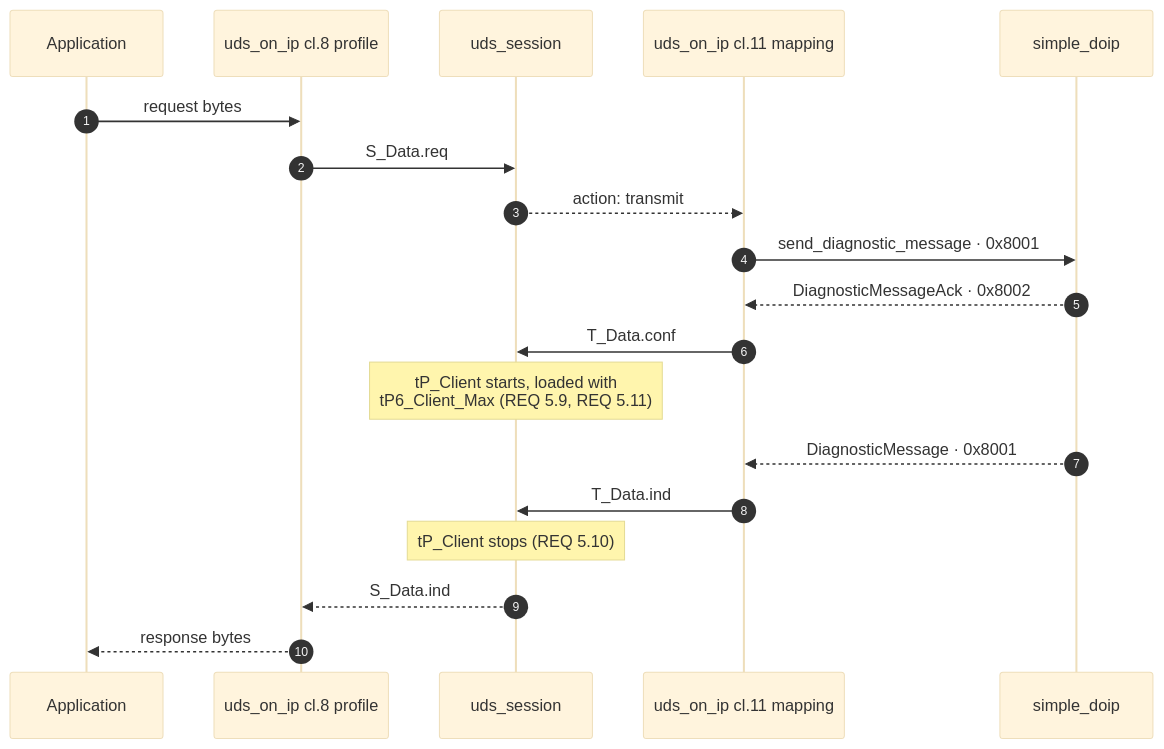
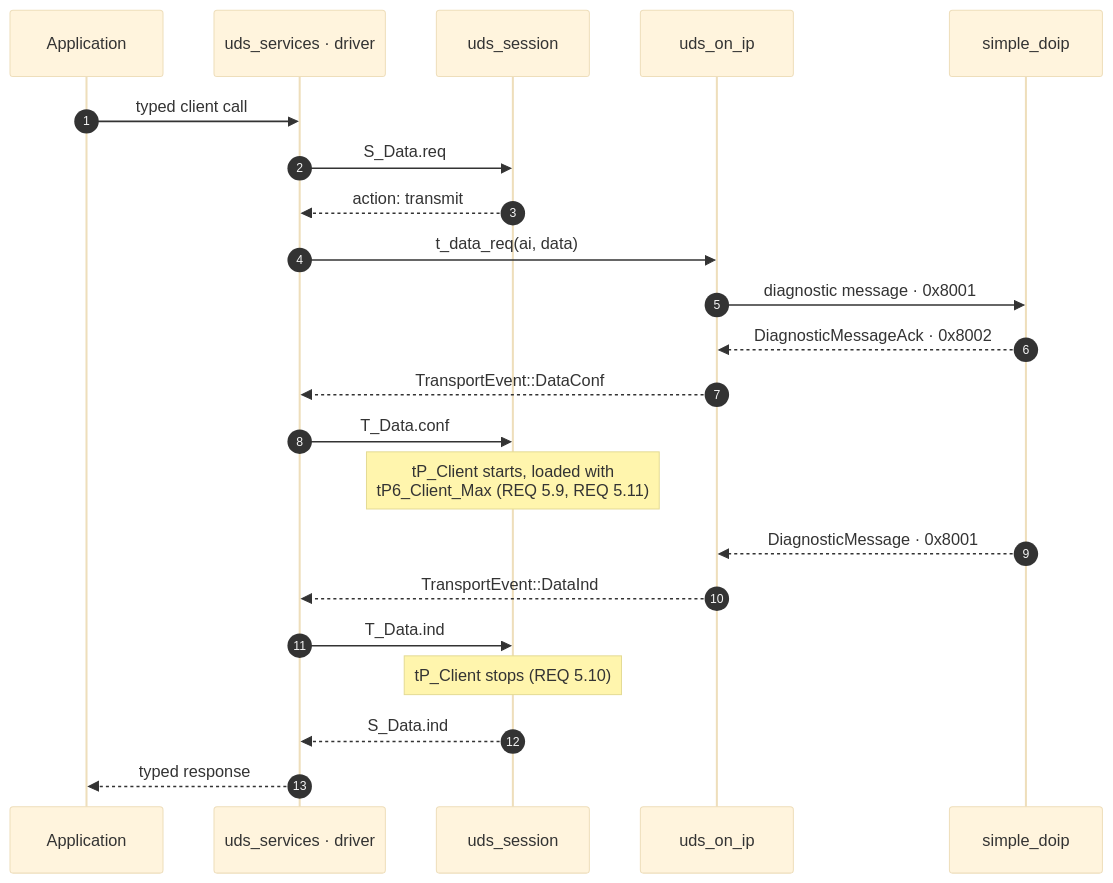
Before and after one commit to luminartech/uds_stack: the first of 4 diagrams in crates/uds_on_ip/ARCHITECTURE.md, drawn with Mermaid (base theme). The commit also changed other lines of this file, not shown here.

````diff
--- a/crates/uds_on_ip/ARCHITECTURE.md
+++ b/crates/uds_on_ip/ARCHITECTURE.md
@@ -340,22 +433,25 @@
 ```mermaid
 sequenceDiagram
     autonumber
     participant App as Application
-    participant P as uds_on_ip cl.8 profile
+    participant V as uds_services · driver
     participant S as uds_session
-    participant M as uds_on_ip cl.11 mapping
+    participant M as uds_on_ip
     participant D as simple_doip
 
-    App->>P: request bytes
-    P->>S: S_Data.req
-    S-->>M: action: transmit
-    M->>D: send_diagnostic_message · 0x8001
+    App->>V: typed client call
+    V->>S: S_Data.req
+    S-->>V: action: transmit
+    V->>M: t_data_req(ai, data)
+    M->>D: diagnostic message · 0x8001
     D-->>M: DiagnosticMessageAck · 0x8002
-    M->>S: T_Data.conf
+    M-->>V: TransportEvent::DataConf
+    V->>S: T_Data.conf
     Note over S: tP_Client starts, loaded with<br/>tP6_Client_Max (REQ 5.9, REQ 5.11)
     D-->>M: DiagnosticMessage · 0x8001
-    M->>S: T_Data.ind
+    M-->>V: TransportEvent::DataInd
+    V->>S: T_Data.ind
     Note over S: tP_Client stops (REQ 5.10)
-    S-->>P: S_Data.ind
-    P-->>App: response bytes
+    S-->>V: S_Data.ind
+    V-->>App: typed response
 ```
````
